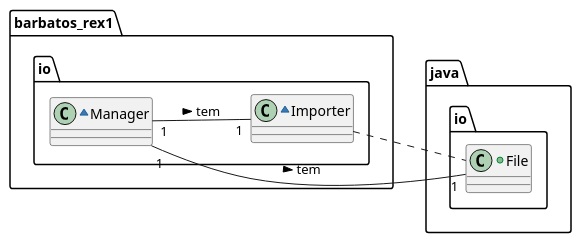
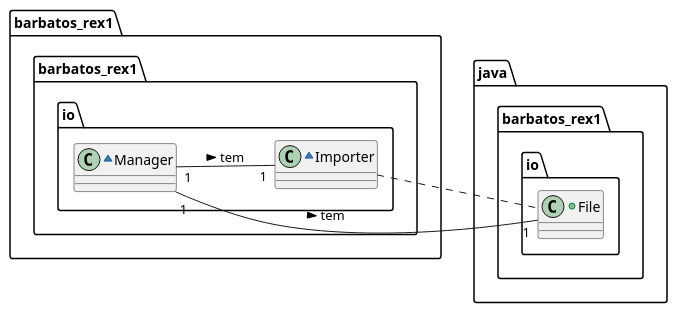
The diagram in docs/UC2_MD.puml (Barbatos-Rex/IOLib), drawn with PlantUML before and after one commit. The commit also changed 105 other files, not shown here.

```diff
--- a/docs/UC2_MD.puml
+++ b/docs/UC2_MD.puml
@@ -1,20 +1,20 @@
 @startuml
 left to right direction
-package barbatos_rex1.io{
+package barbatos_rex1.barbatos_rex1.io{
     ~class Manager{
 
     }
     ~class Importer{
 
     }
 }
-package java.io{
+package java.barbatos_rex1.io{
     +class File{
 
     }
 }
 Manager"1" -- "1"File : tem >
 Manager"1" -- "1"Importer: tem >
 Importer .. File
 
 @enduml
```
